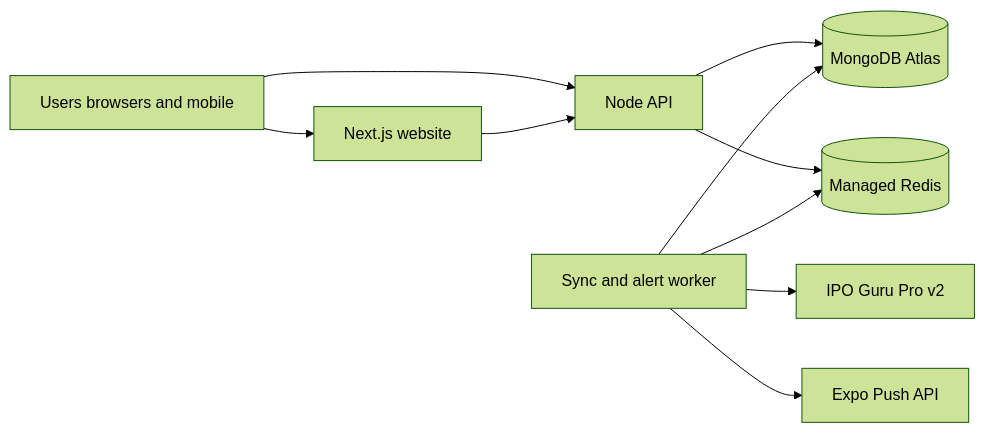
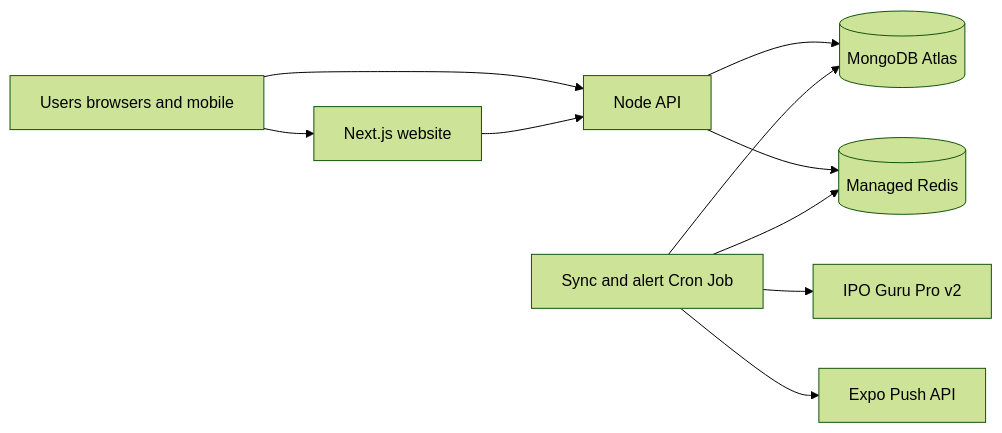
One commit to iposingh/ipo_singh changed the diagram in docs/production-deployment-readiness.md. Above: the diagram before and after it, drawn with Mermaid (forest theme). The commit also changed other lines of this file and 15 other files, not shown here.

Commit message:
Migrate background worker to Render Cron Job

````diff
--- a/docs/production-deployment-readiness.md
+++ b/docs/production-deployment-readiness.md
@@ -32,21 +32,21 @@
 ```mermaid
 flowchart LR
   users[Users browsers and mobile]
   web[Next.js website]
   api[Node API]
-  worker[Sync and alert worker]
+  cron[Sync and alert Cron Job]
   mongo[(MongoDB Atlas)]
   redis[(Managed Redis)]
   guru[IPO Guru Pro v2]
   expo[Expo Push API]
 
   users --> web
   users --> api
   web --> api
   api --> mongo
   api --> redis
-  worker --> mongo
-  worker --> redis
-  worker --> guru
-  worker --> expo
+  cron --> mongo
+  cron --> redis
+  cron --> guru
+  cron --> expo
 ```
````
